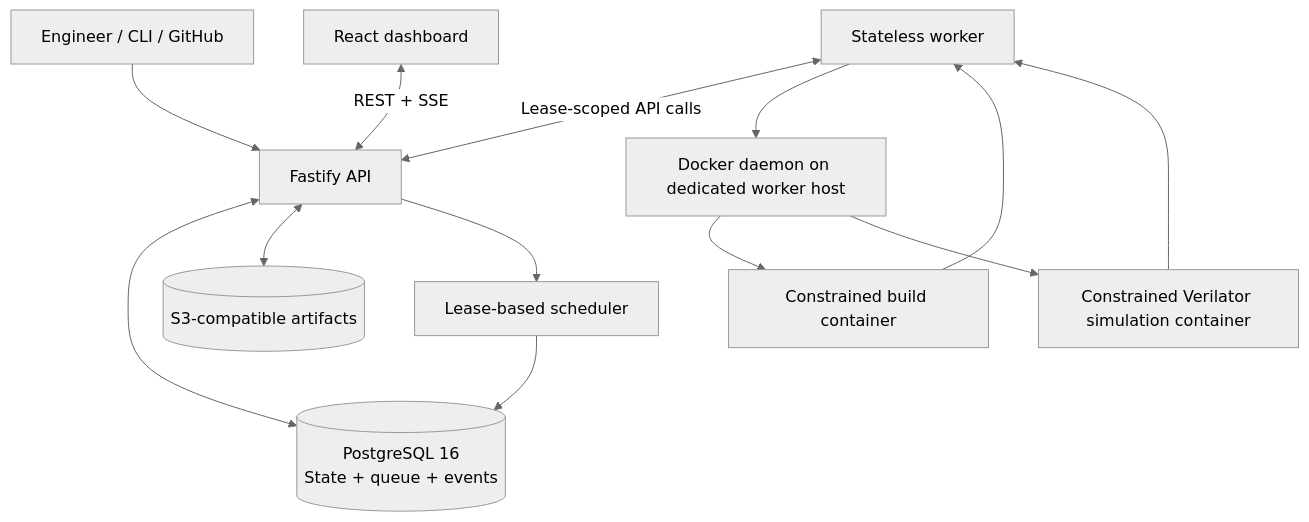
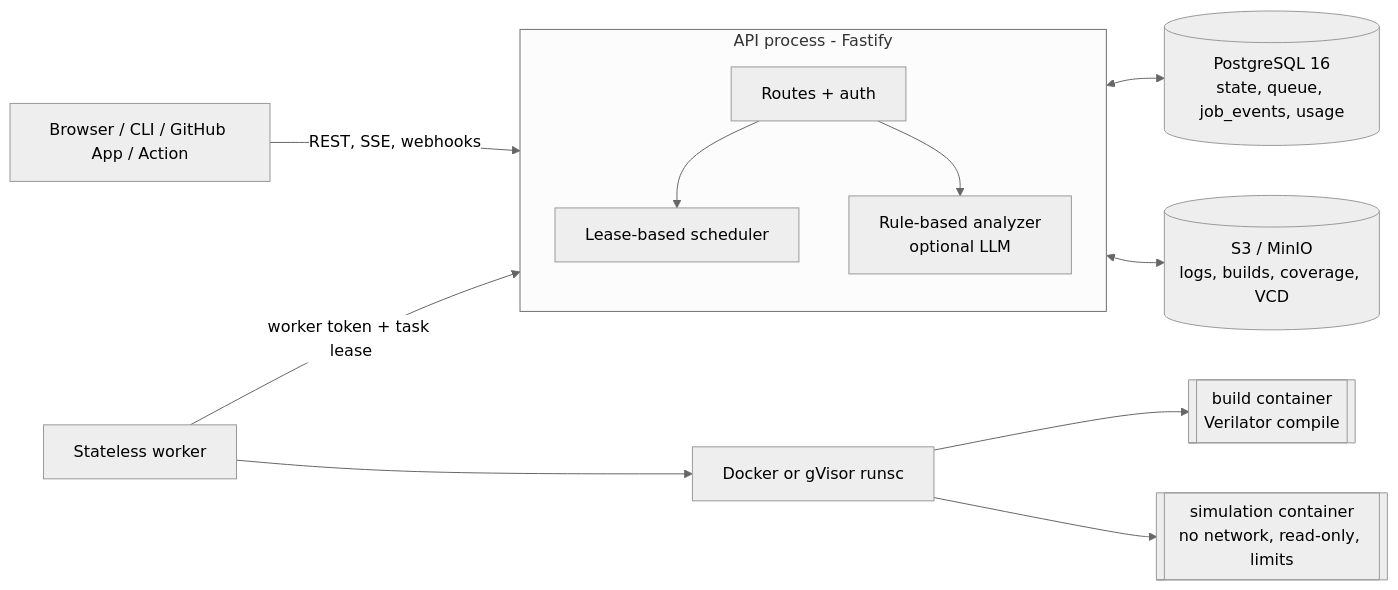
One commit to siddhaantxsingh/VerifyCloud changed the diagram in README.md. Above: the diagram before and after it, drawn with Mermaid (neutral theme). The commit also changed other lines of this file and 1 other file, not shown here.

````diff
--- a/README.md
+++ b/README.md
@@ -54,15 +25,14 @@
 ```mermaid
-flowchart TB
-    DEV[Engineer / CLI / GitHub] --> API[Fastify API]
-    WEB[React dashboard] <-->|REST + SSE| API
-    API <--> DB[(PostgreSQL 16\nState + queue + events)]
-    API <--> STORE[(S3-compatible artifacts)]
-    API --> SCHED[Lease-based scheduler]
-    SCHED --> DB
-    WORKER[Stateless worker] <-->|Lease-scoped API calls| API
-    WORKER --> DOCKER[Docker daemon on dedicated worker host]
-    DOCKER --> BUILD[Constrained build container]
-    DOCKER --> SIM[Constrained Verilator simulation container]
-    BUILD --> WORKER
-    SIM --> WORKER
+flowchart LR
+  U[Browser / CLI / GitHub App / Action] -->|REST, SSE, webhooks| API
+  subgraph API[API process - Fastify]
+    R[Routes + auth] --> SCH[Lease-based scheduler]
+    R --> AN[Rule-based analyzer<br/>optional LLM]
+  end
+  API <--> PG[(PostgreSQL 16<br/>state, queue, job_events, usage)]
+  API <--> S3[(S3 / MinIO<br/>logs, builds, coverage, VCD)]
+  W[Stateless worker] -->|worker token + task lease| API
+  W --> D[Docker or gVisor runsc]
+  D --> B[[build container<br/>Verilator compile]]
+  D --> S[[simulation container<br/>no network, read-only, limits]]
 ```
````
